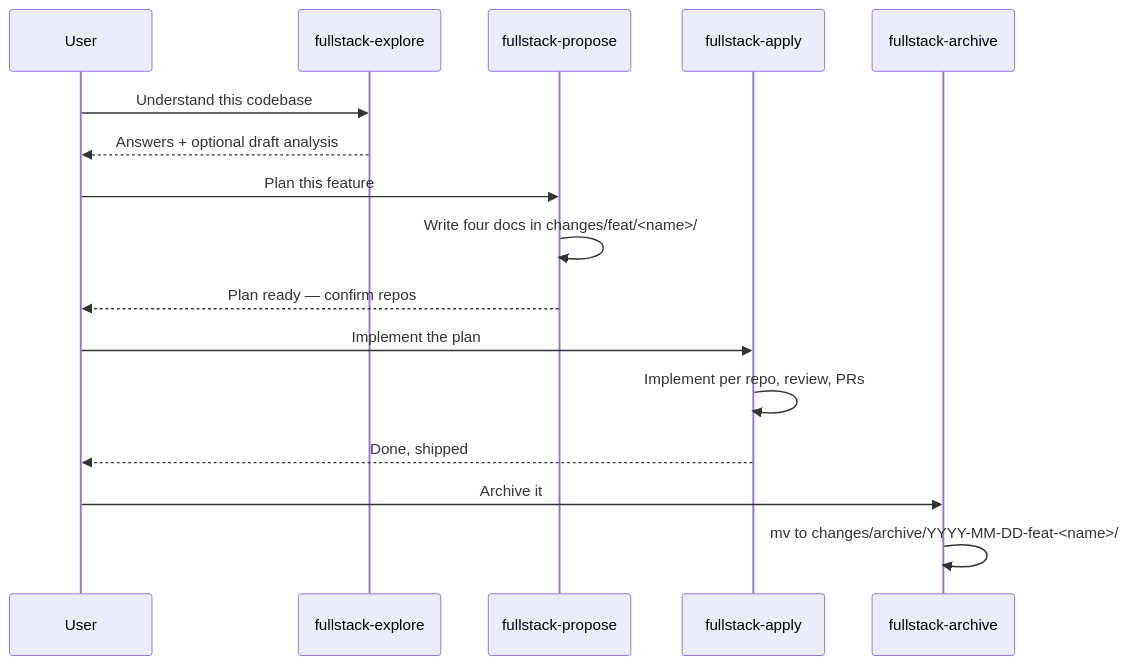
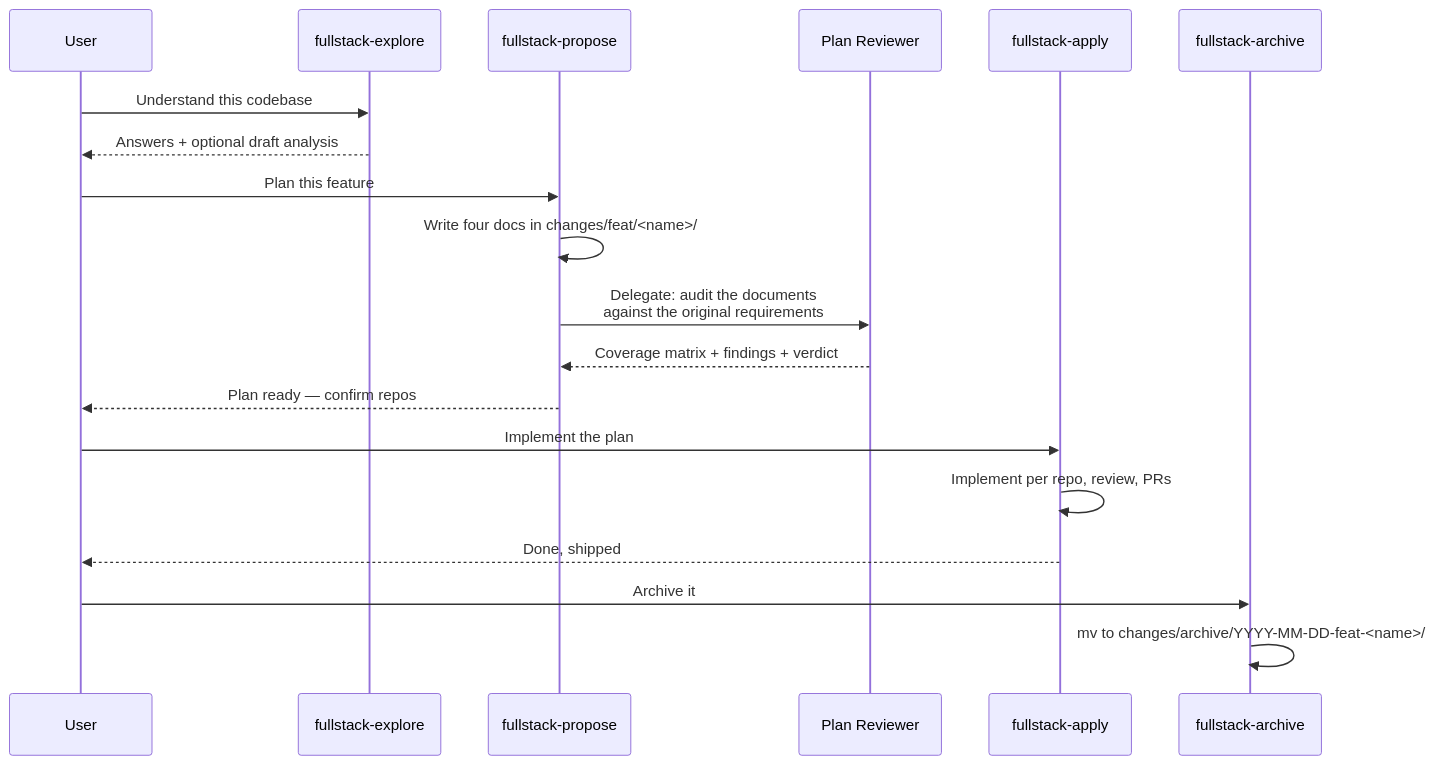
Before and after one commit to jie-meng/mythril-agent-skills: the second of 2 diagrams in docs/fullstack/workflows.md, drawn with Mermaid. The commit also changed other lines of this file and 14 other files, not shown here.

````diff
--- a/docs/fullstack/workflows.md
+++ b/docs/fullstack/workflows.md
@@ -35,19 +41,22 @@
 ```mermaid
 sequenceDiagram
     participant User
     participant Explore as fullstack-explore
     participant Propose as fullstack-propose
+    participant PR as Plan Reviewer
     participant Apply as fullstack-apply
     participant Archive as fullstack-archive
 
     User->>Explore: Understand this codebase
     Explore-->>User: Answers + optional draft analysis
     User->>Propose: Plan this feature
     Propose->>Propose: Write four docs in changes/feat/<name>/
+    Propose->>PR: Delegate: audit the documents<br/>against the original requirements
+    PR-->>Propose: Coverage matrix + findings + verdict
     Propose-->>User: Plan ready — confirm repos
     User->>Apply: Implement the plan
     Apply->>Apply: Implement per repo, review, PRs
     Apply-->>User: Done, shipped
     User->>Archive: Archive it
     Archive->>Archive: mv to changes/archive/YYYY-MM-DD-feat-<name>/
 ```
````
